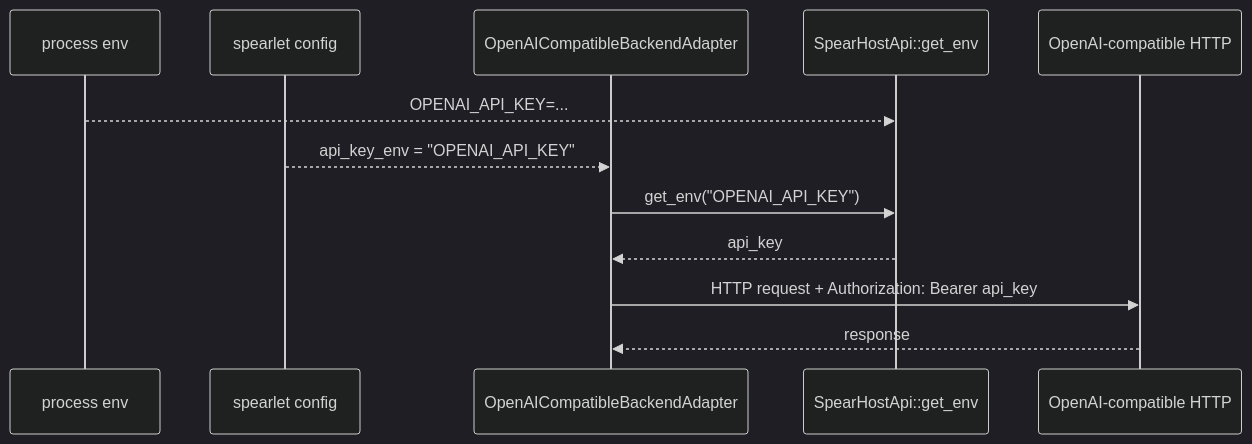
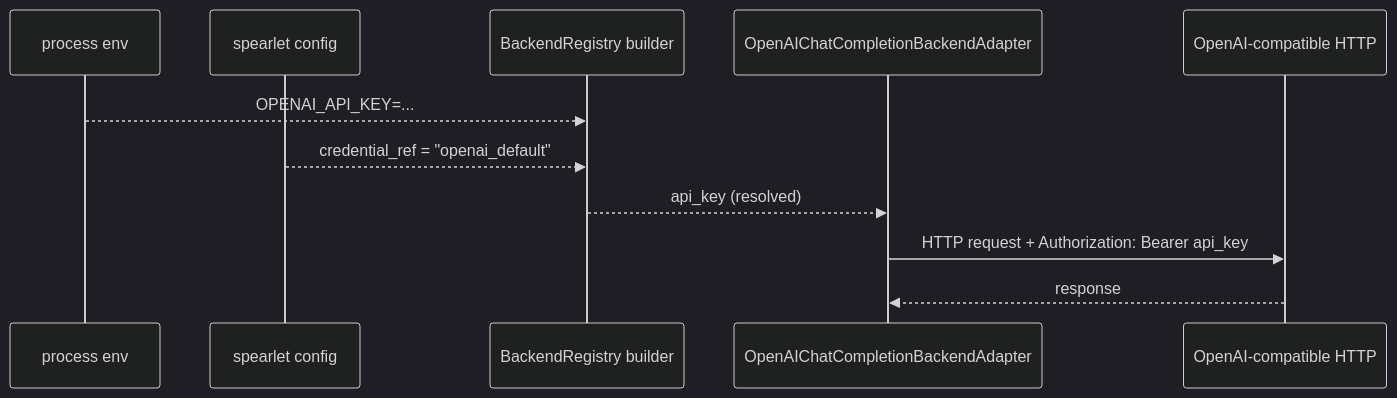
The fourth of 5 diagrams in docs/backend-adapter/implementation-plan-en.md (lfedgeai/SPEAR), drawn with Mermaid (dark theme) before and after one commit. The commit also changed other lines of this file and 94 other files, not shown here.

````diff
--- a/docs/backend-adapter/implementation-plan-en.md
+++ b/docs/backend-adapter/implementation-plan-en.md
@@ -78,15 +78,14 @@
 ```mermaid
 sequenceDiagram
   participant OS as process env
   participant C as spearlet config
-  participant A as OpenAICompatibleBackendAdapter
-  participant H as SpearHostApi::get_env
+  participant R as BackendRegistry builder
+  participant A as OpenAIChatCompletionBackendAdapter
   participant O as OpenAI-compatible HTTP
 
-  OS-->>H: OPENAI_API_KEY=...
-  C-->>A: api_key_env = "OPENAI_API_KEY"
-  A->>H: get_env("OPENAI_API_KEY")
-  H-->>A: api_key
+  OS-->>R: OPENAI_API_KEY=...
+  C-->>R: credential_ref = "openai_default"
+  R-->>A: api_key (resolved)
   A->>O: HTTP request + Authorization: Bearer api_key
   O-->>A: response
 ```
````
